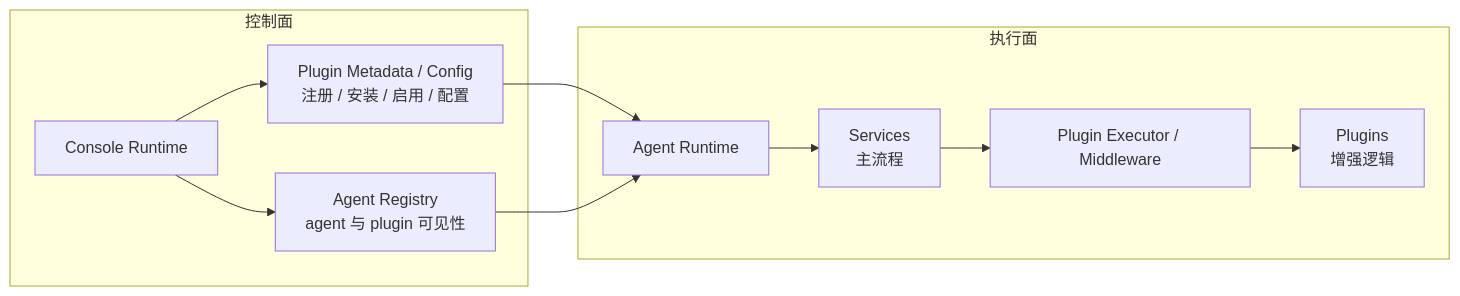
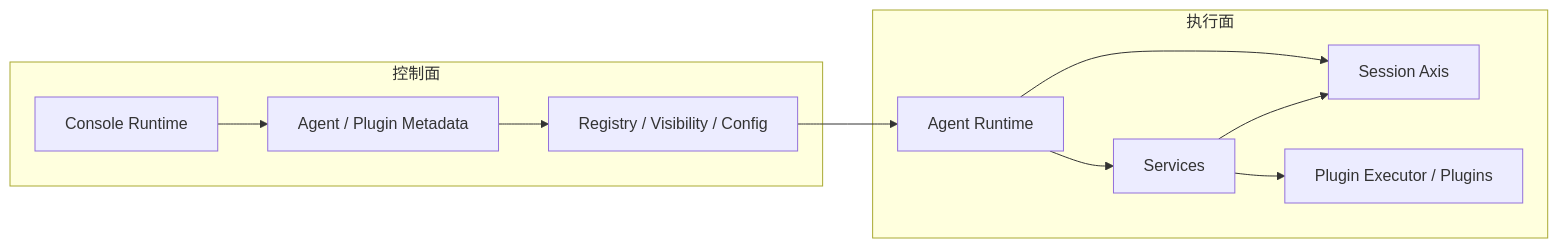
The first of 3 diagrams in homepage/content/devdocs/zh/package/runtime-evolution.mdx (wangenius/downcity), drawn with Mermaid before and after one commit. The commit also changed other lines of this file and 37 other files, not shown here.

````diff
--- a/homepage/content/devdocs/zh/package/runtime-evolution.mdx
+++ b/homepage/content/devdocs/zh/package/runtime-evolution.mdx
@@ -61,23 +60,23 @@
 ```mermaid
 flowchart LR
   subgraph Control["控制面"]
     CONSOLE["Console Runtime"]
-    PM["Plugin Metadata / Config<br/>注册 / 安装 / 启用 / 配置"]
-    AM["Agent Registry<br/>agent 与 plugin 可见性"]
+    META["Agent / Plugin Metadata"]
+    REG["Registry / Visibility / Config"]
   end
 
   subgraph Execution["执行面"]
     AGENT["Agent Runtime"]
-    SERVICES["Services<br/>主流程"]
-    PX["Plugin Executor / Middleware"]
-    PLUGINS["Plugins<br/>增强逻辑"]
+    SESSION["Session Axis"]
+    SERVICES["Services"]
+    PLUGINS["Plugin Executor / Plugins"]
   end
 
-  CONSOLE --> PM
-  CONSOLE --> AM
-  PM --> AGENT
-  AM --> AGENT
+  CONSOLE --> META
+  META --> REG
+  REG --> AGENT
+  AGENT --> SESSION
   AGENT --> SERVICES
-  SERVICES --> PX
-  PX --> PLUGINS
+  SERVICES --> SESSION
+  SERVICES --> PLUGINS
 ```
````
